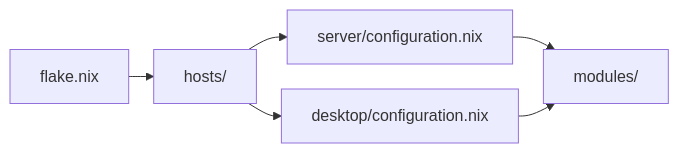
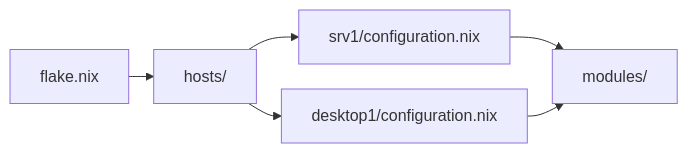
One commit to zzzealed/nix-config changed the diagram in README.md. Above: the diagram before and after it, drawn with Mermaid. The commit also changed other lines of this file, not shown here.

````diff
--- a/README.md
+++ b/README.md
@@ -7,19 +7,19 @@
 ```mermaid
 ---
 config:
   flowchart:
     nodeSpacing: 25
     rankSpacing: 25
 ---
 flowchart LR
     flake["flake.nix"]
 
     flake --> hosts["hosts/"]
 
-    hosts --> server["server/configuration.nix"]
-    hosts --> desktop["desktop/configuration.nix"]
+    hosts --> srv1["srv1/configuration.nix"]
+    hosts --> desktop1["desktop1/configuration.nix"]
 
-    server --> modules["modules/"]
-    desktop --> modules
+    srv1 --> modules["modules/"]
+    desktop1 --> modules
   
 ```
````
